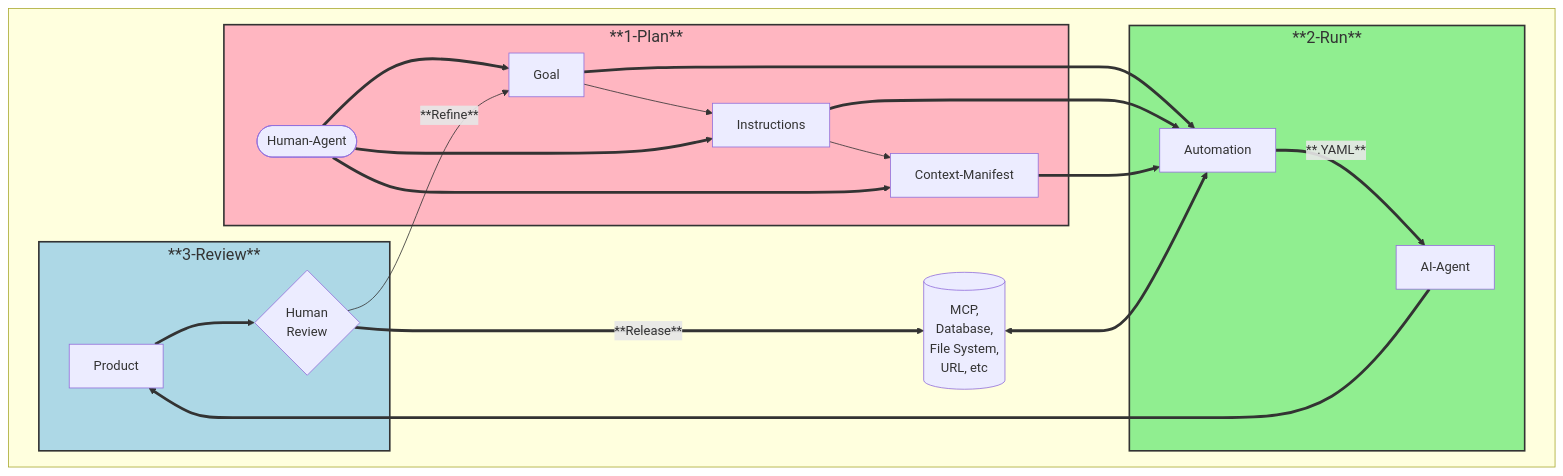
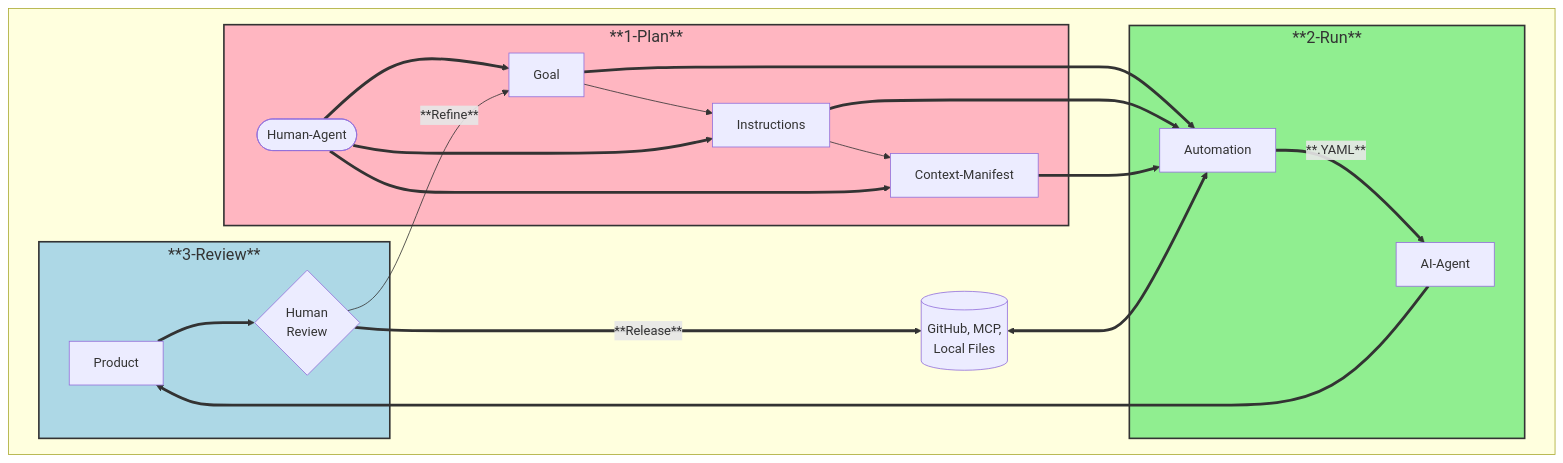
Before and after one commit to AVS-Orchestration/avs-toolkit: the second of 3 diagrams in README.md, drawn with Mermaid. The commit also changed other lines of this file, not shown here.

Commit message:
made update to improve flow and understandability.  Preparing to add the AVS toolkit and rewrite the Getting Started and Illustrative Example to leverage it.

````diff
--- a/README.md
+++ b/README.md
@@ -46,37 +50,37 @@
 ```mermaid
 graph TD
     subgraph VS [" "]
         subgraph plan ["<span style='font-size:20px'>**1-Plan**</span>"]
             Start([Human-Agent]) ==> Goal
             Goal --> Instructions --> Context-Manifest
             Start ==> Instructions
             Start ==> Context-Manifest
         end
         subgraph run  ["<span style='font-size:20px'>**2-Run**</span>"]
             Goal ==> Automation
             Instructions ==> Automation
             Context-Manifest ==> Automation
             Automation == **.YAML** ==> AI-Agent
         end
         subgraph review ["<span style='font-size:20px'>**3-Review**</span>"]
             AI-Agent ==> Product
             Business-Review{Human<br>Review}
             Product ==> Business-Review
             Business-Review -- **Refine** --> Goal
             
         end
-        Business-Review == **Release** ==> Context[(MCP,<br>Database,<br>File System,<br>URL, etc)]
-        Context[(MCP,<br>Database,<br>File System,<br>URL, etc)] <==> Automation
+        Business-Review == **Release** ==> Context[(GitHub, MCP,<br>Local Files)]
+        Context <==> Automation
     end
     
     %% Syles
     classDef Plan fill:#ffb6c1,stroke:#333,stroke-width:2px;
     classDef Run fill:#90ee90,stroke:#333,stroke-width:2px;
     classDef Review fill:#add8e6,stroke:#333,stroke-width:2px;
     
     %% Assignments
     class legend,VS Legend;
     class run,Run, Run;
     class plan,Plan, Plan;
     class review,Review Review;
 ```
````
